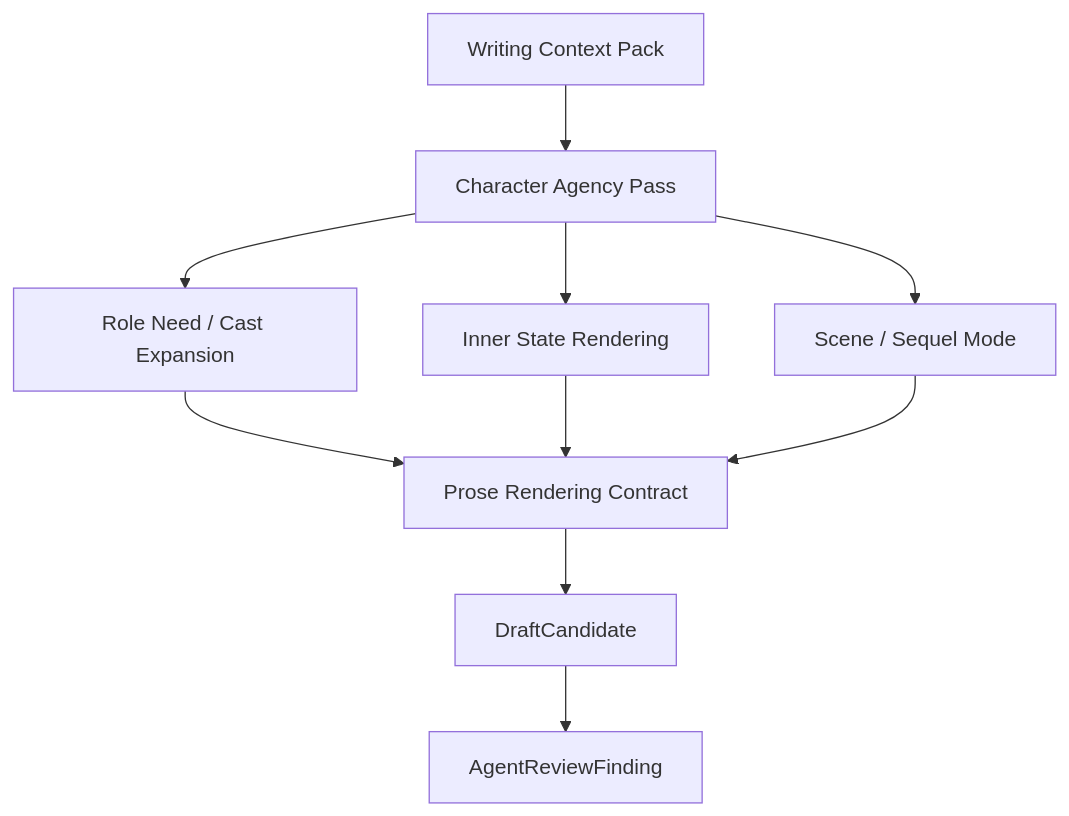
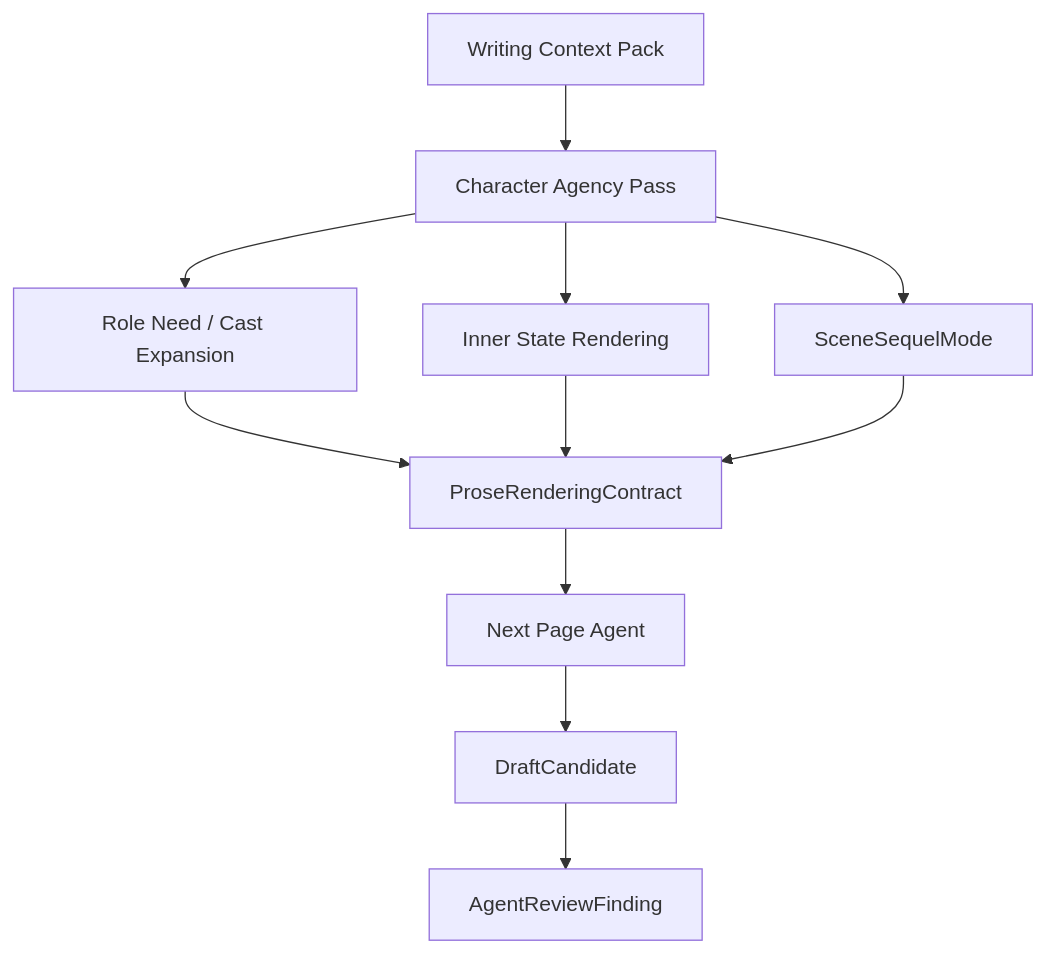
Before and after one commit to FrankQDWang/sextantlabs: the diagram in goals/33-prose-rendering-contract.md, drawn with Mermaid. The commit also changed other lines of this file, not shown here.

Commit message:
Clarify prose contract precedence and budget

````diff
--- a/goals/33-prose-rendering-contract.md
+++ b/goals/33-prose-rendering-contract.md
@@ -27,12 +46,13 @@
 ```mermaid
 flowchart TD
     A[Writing Context Pack] --> B[Character Agency Pass]
     B --> C[Role Need / Cast Expansion]
     B --> D[Inner State Rendering]
-    B --> E[Scene / Sequel Mode]
-    C --> F[Prose Rendering Contract]
+    B --> E[SceneSequelMode]
+    C --> F[ProseRenderingContract]
     D --> F
     E --> F
-    F --> G[DraftCandidate]
-    G --> H[AgentReviewFinding]
+    F --> G[Next Page Agent]
+    G --> H[DraftCandidate]
+    H --> I[AgentReviewFinding]
 ```
````
